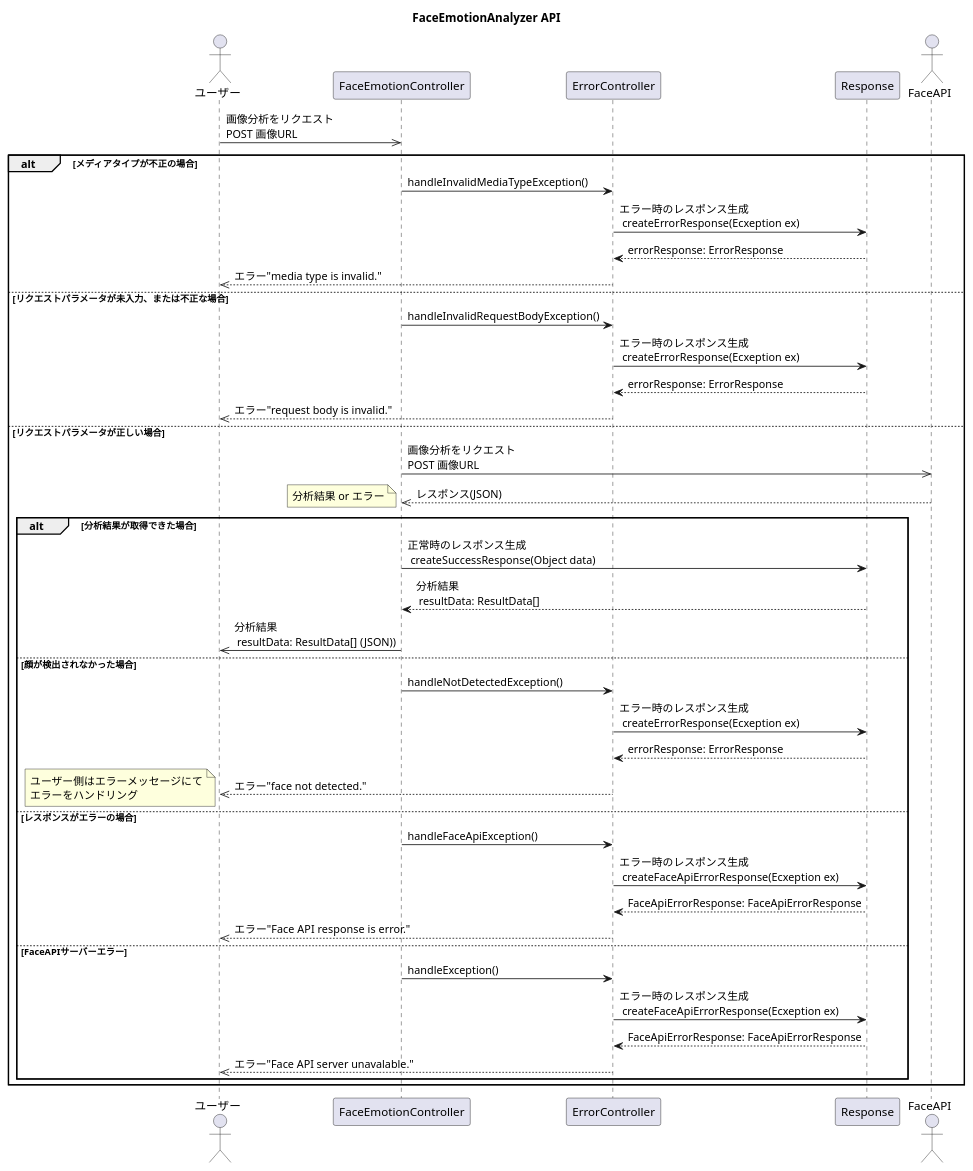
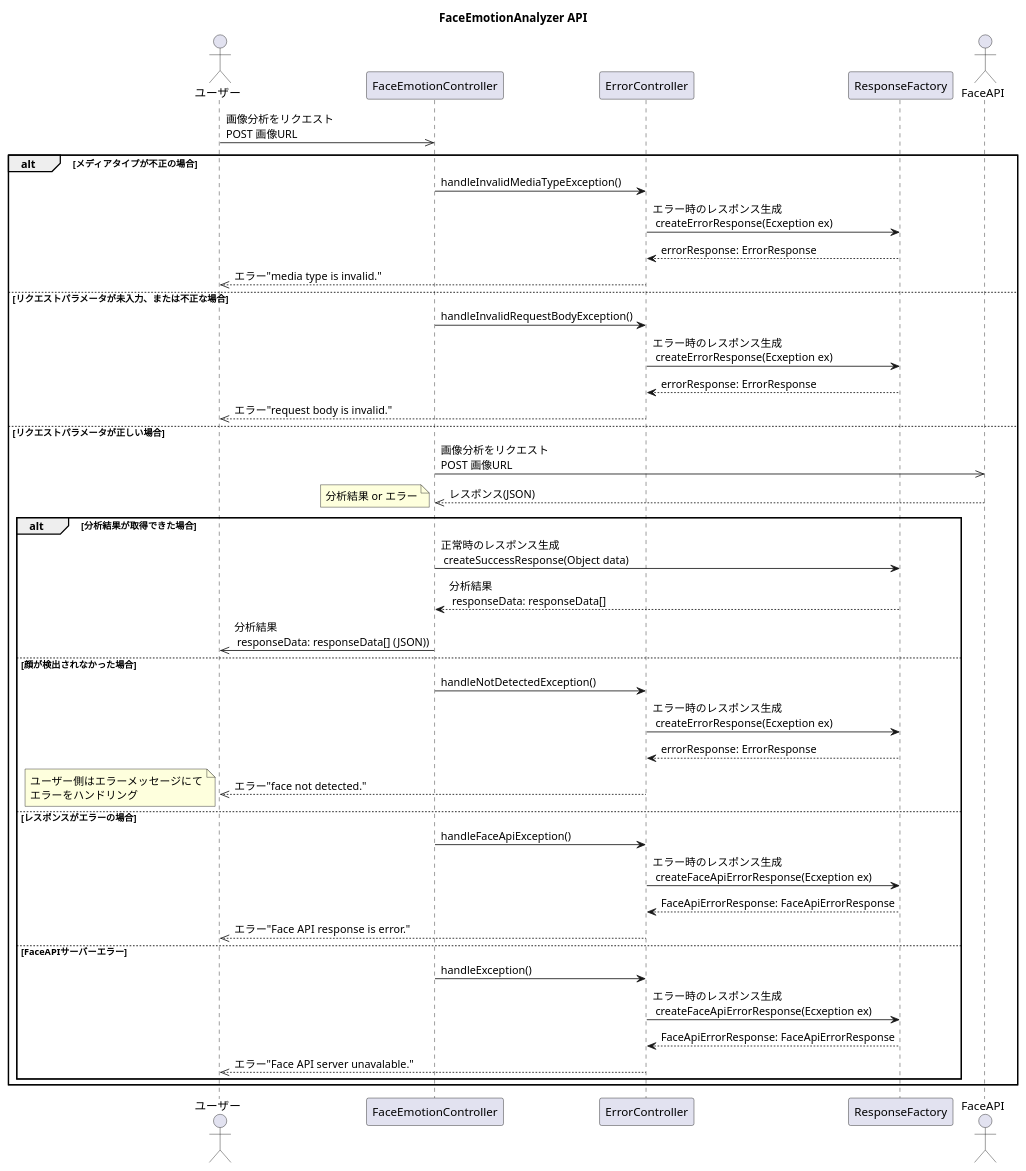
Before and after one commit to nishikawa1114/FaceEmotionSystem: the diagram in doc/uml/seqDaigApi.pu, drawn with PlantUML. The commit also changed 3 other files, not shown here.

```diff
--- a/doc/uml/seqDaigApi.pu
+++ b/doc/uml/seqDaigApi.pu
@@ -1,52 +1,52 @@
 @startuml
 title FaceEmotionAnalyzer API
 
 actor ユーザー
 participant FaceEmotionController
 participant ErrorController
-participant Response
+participant ResponseFactory
 actor FaceAPI
 
 ユーザー ->> FaceEmotionController: 画像分析をリクエスト\nPOST 画像URL
 
 alt メディアタイプが不正の場合
     FaceEmotionController -> ErrorController: handleInvalidMediaTypeException()
-    ErrorController -> Response: エラー時のレスポンス生成\n createErrorResponse(Ecxeption ex)
-    ErrorController <-- Response: errorResponse: ErrorResponse
+    ErrorController -> ResponseFactory: エラー時のレスポンス生成\n createErrorResponse(Ecxeption ex)
+    ErrorController <-- ResponseFactory: errorResponse: ErrorResponse
     ユーザー <<-- ErrorController: エラー"media type is invalid."
 
 else リクエストパラメータが未入力、または不正な場合
     FaceEmotionController -> ErrorController: handleInvalidRequestBodyException()
-    ErrorController -> Response: エラー時のレスポンス生成\n createErrorResponse(Ecxeption ex)
-    ErrorController <-- Response: errorResponse: ErrorResponse
+    ErrorController -> ResponseFactory: エラー時のレスポンス生成\n createErrorResponse(Ecxeption ex)
+    ErrorController <-- ResponseFactory: errorResponse: ErrorResponse
     ユーザー <<-- ErrorController: エラー"request body is invalid."
 
 else リクエストパラメータが正しい場合
     FaceEmotionController ->> FaceAPI: 画像分析をリクエスト\nPOST 画像URL
     FaceEmotionController <<-- FaceAPI: レスポンス(JSON)
     note left: 分析結果 or エラー
 
     alt 分析結果が取得できた場合
-        FaceEmotionController -> Response: 正常時のレスポンス生成\n createSuccessResponse(Object data)
-        FaceEmotionController <-- Response: 分析結果\n resultData: ResultData[]
-        ユーザー <<- FaceEmotionController: 分析結果\n resultData: ResultData[] (JSON))
+        FaceEmotionController -> ResponseFactory: 正常時のレスポンス生成\n createSuccessResponse(Object data)
+        FaceEmotionController <-- ResponseFactory: 分析結果\n responseData: responseData[]
+        ユーザー <<- FaceEmotionController: 分析結果\n responseData: responseData[] (JSON))
     else 顔が検出されなかった場合
         FaceEmotionController -> ErrorController: handleNotDetectedException()
-        ErrorController -> Response: エラー時のレスポンス生成\n createErrorResponse(Ecxeption ex)
-        ErrorController <-- Response: errorResponse: ErrorResponse
+        ErrorController -> ResponseFactory: エラー時のレスポンス生成\n createErrorResponse(Ecxeption ex)
+        ErrorController <-- ResponseFactory: errorResponse: ErrorResponse
         ユーザー <<-- ErrorController: エラー"face not detected."
         note left : ユーザー側はエラーメッセージにて\nエラーをハンドリング
     else レスポンスがエラーの場合
         FaceEmotionController -> ErrorController: handleFaceApiException()
-        ErrorController -> Response: エラー時のレスポンス生成\n createFaceApiErrorResponse(Ecxeption ex)
-        ErrorController <-- Response: FaceApiErrorResponse: FaceApiErrorResponse
+        ErrorController -> ResponseFactory: エラー時のレスポンス生成\n createFaceApiErrorResponse(Ecxeption ex)
+        ErrorController <-- ResponseFactory: FaceApiErrorResponse: FaceApiErrorResponse
         ユーザー <<-- ErrorController: エラー"Face API response is error."
     else FaceAPIサーバーエラー
         FaceEmotionController -> ErrorController: handleException()
-        ErrorController -> Response: エラー時のレスポンス生成\n createFaceApiErrorResponse(Ecxeption ex)
-        ErrorController <-- Response: FaceApiErrorResponse: FaceApiErrorResponse
+        ErrorController -> ResponseFactory: エラー時のレスポンス生成\n createFaceApiErrorResponse(Ecxeption ex)
+        ErrorController <-- ResponseFactory: FaceApiErrorResponse: FaceApiErrorResponse
         ユーザー <<-- ErrorController: エラー"Face API server unavalable."
     end
 
 end
 @enduml
```
